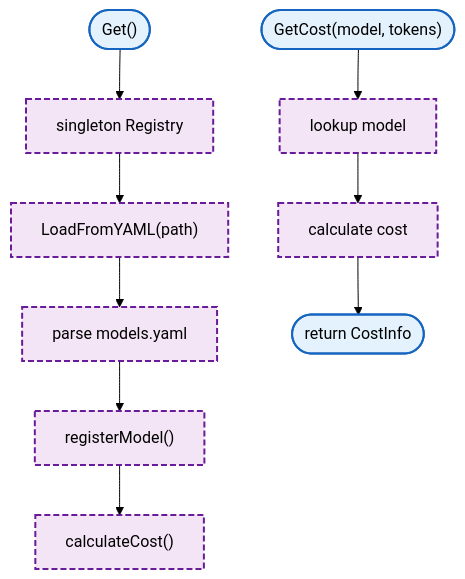
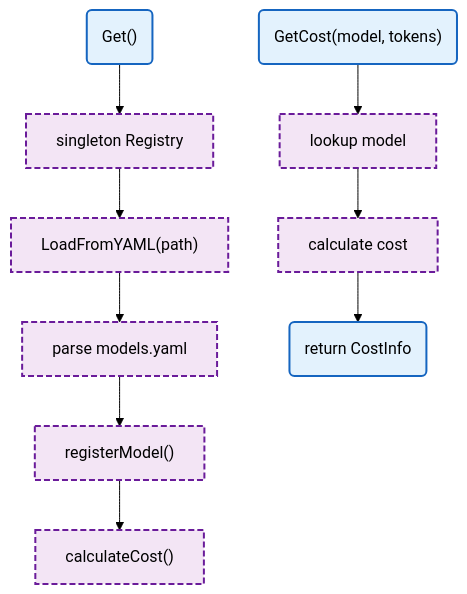
Before and after one commit to radch-ai/ava: the diagram in docs/internal/llm-proxy/models.md, drawn with Mermaid (forest theme). The commit also changed 24 other files, not shown here.

First line of the commit message:
fix(docs): fix mermaid syntax errors in all diagrams

````diff
--- a/docs/internal/llm-proxy/models.md
+++ b/docs/internal/llm-proxy/models.md
@@ -7,18 +7,18 @@
 ```mermaid
 flowchart TB
-    Start(["Get()"]) --> Registry["singleton Registry"]
+    Start("Get()") --> Registry["singleton Registry"]
     Registry --> LoadYAML["LoadFromYAML(path)"]
     LoadYAML --> Parse["parse models.yaml"]
     Parse --> Register["registerModel()"]
     Register --> CalcCost["calculateCost()"]
 
-    Request(["GetCost(model, tokens)"]) --> Lookup["lookup model"]
+    Request("GetCost(model, tokens)") --> Lookup["lookup model"]
     Lookup --> Cost["calculate cost"]
-    Cost --> Return(["return CostInfo"])
+    Cost --> Return("return CostInfo")
 
     classDef mainFn fill:#e3f2fd,stroke:#1565c0,stroke-width:2px
     classDef internalFn fill:#f3e5f5,stroke:#6a1b9a,stroke-width:2px,stroke-dasharray:6 3
 
     class Start,Request,Return mainFn
     class Registry,LoadYAML,Parse,Register,CalcCost,Lookup,Cost internalFn
 ```
````
